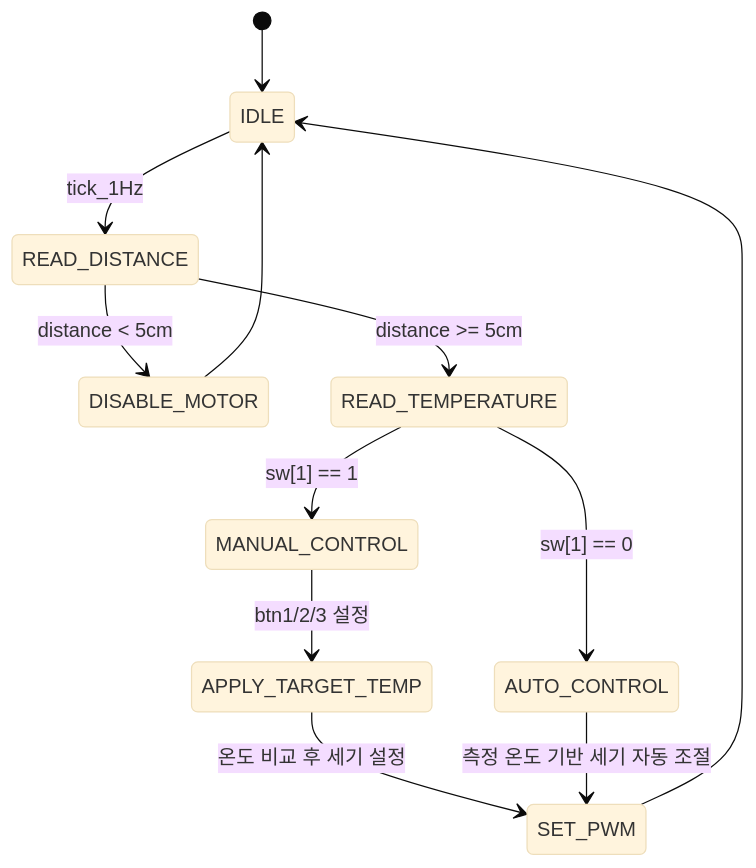
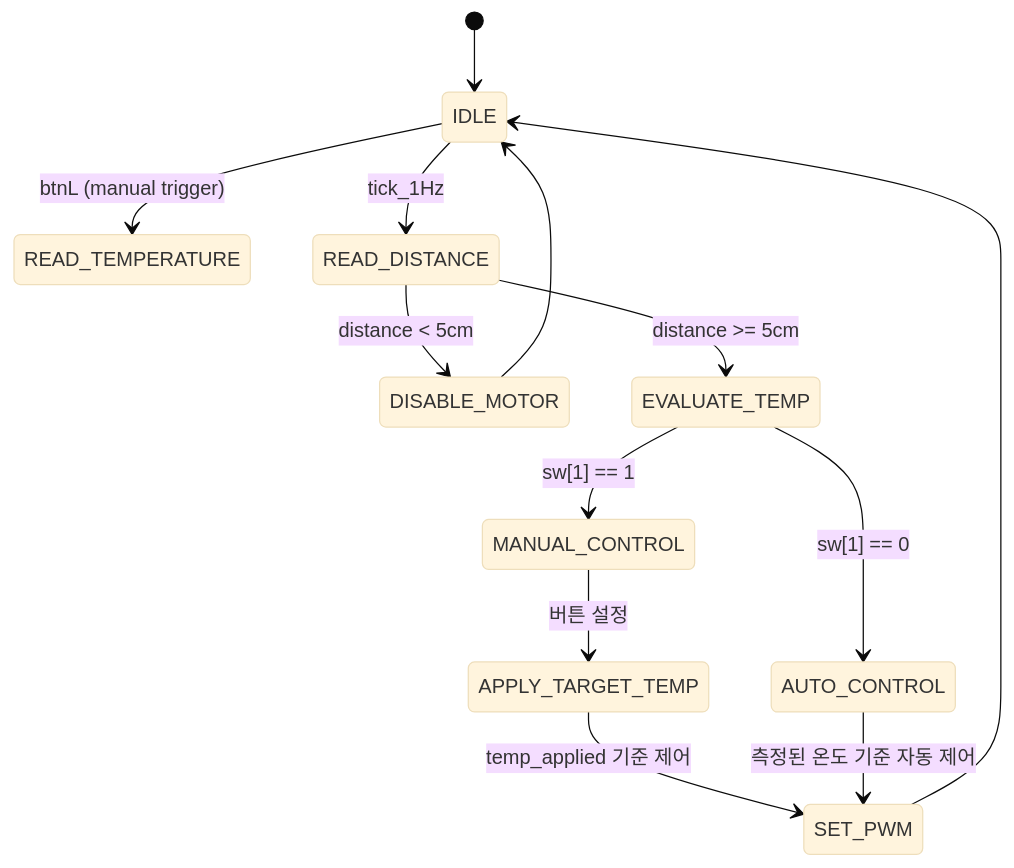
Before and after one commit to SE0NGH0/AI_Verilog_HDL: the third of 5 diagrams in 15.BESPOKE/README.md, drawn with Mermaid (base theme).

````diff
--- a/15.BESPOKE/README.md
+++ b/15.BESPOKE/README.md
@@ -94,14 +94,15 @@
 ```mermaid
 stateDiagram-v2
     [*] --> IDLE
+    IDLE --> READ_TEMPERATURE: btnL (manual trigger)
     IDLE --> READ_DISTANCE: tick_1Hz
     READ_DISTANCE --> DISABLE_MOTOR: distance < 5cm
-    READ_DISTANCE --> READ_TEMPERATURE: distance >= 5cm
-    READ_TEMPERATURE --> MANUAL_CONTROL: sw[1] == 1
-    READ_TEMPERATURE --> AUTO_CONTROL: sw[1] == 0
-    MANUAL_CONTROL --> APPLY_TARGET_TEMP: btn1/2/3 설정
-    APPLY_TARGET_TEMP --> SET_PWM: 온도 비교 후 세기 설정
-    AUTO_CONTROL --> SET_PWM: 측정 온도 기반 세기 자동 조절
+    READ_DISTANCE --> EVALUATE_TEMP: distance >= 5cm
+    EVALUATE_TEMP --> MANUAL_CONTROL: sw[1] == 1
+    EVALUATE_TEMP --> AUTO_CONTROL: sw[1] == 0
+    MANUAL_CONTROL --> APPLY_TARGET_TEMP: 버튼 설정
+    APPLY_TARGET_TEMP --> SET_PWM: temp_applied 기준 제어
+    AUTO_CONTROL --> SET_PWM: 측정된 온도 기준 자동 제어
     SET_PWM --> IDLE
     DISABLE_MOTOR --> IDLE
 ```
````
